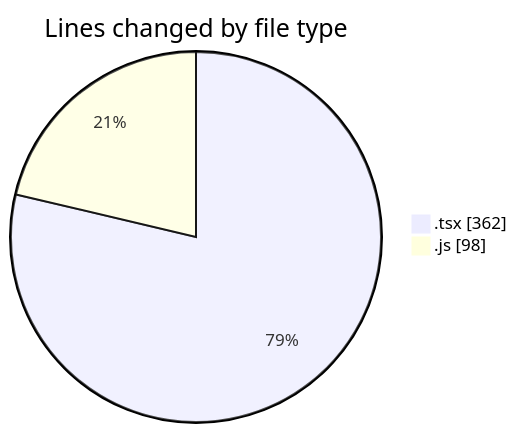
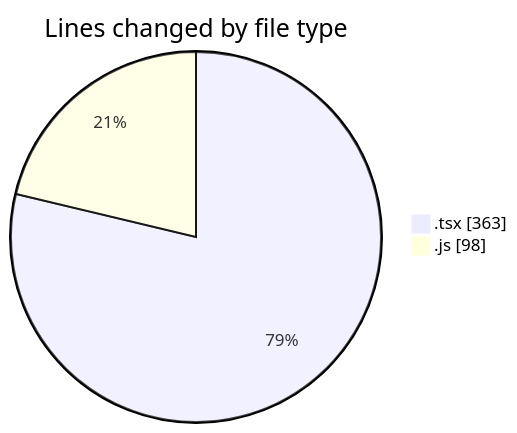
One commit to momahboobian/code-tracking changed the first of 2 diagrams in 2025-03-31/cda/README.md. Above: the diagram before and after it, drawn with Mermaid. The commit also changed other lines of this file and 1 other file, not shown here.

````diff
--- a/2025-03-31/cda/README.md
+++ b/2025-03-31/cda/README.md
@@ -24,6 +24,6 @@
 ```mermaid
 pie showData
 title Lines changed by file type
-".tsx" : 362
+".tsx" : 363
 ".js" : 98
 ```
````
